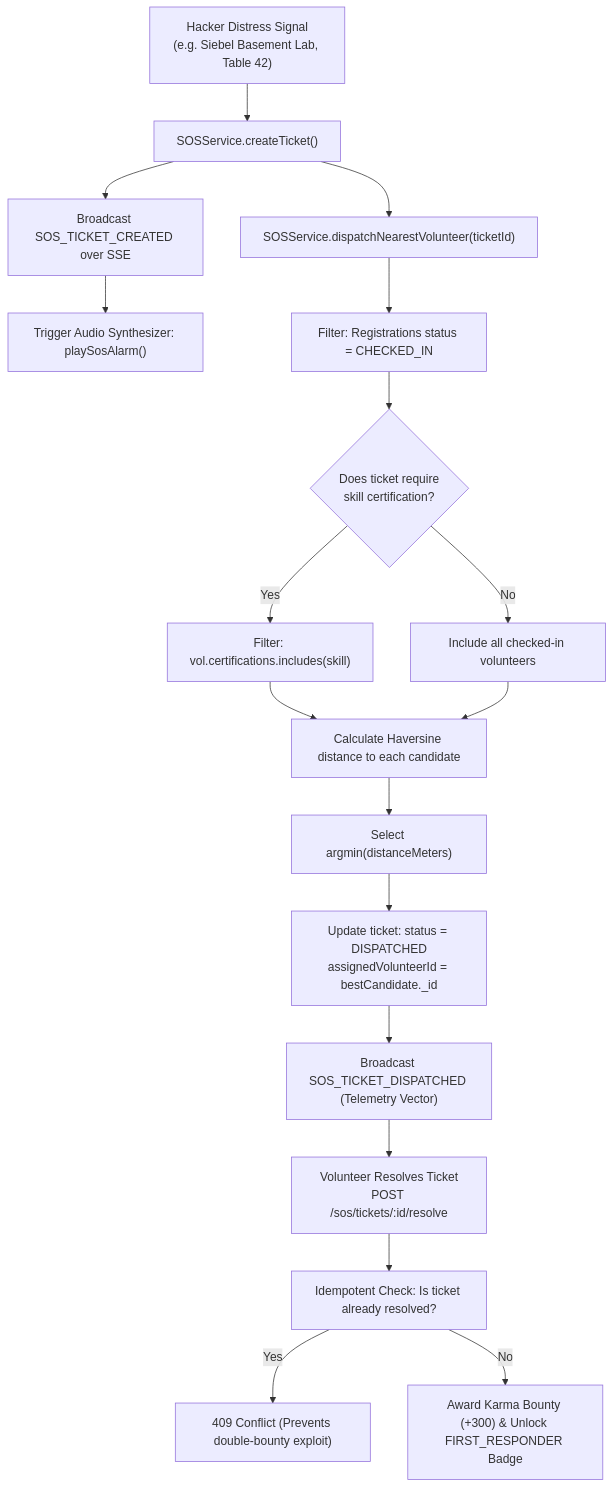
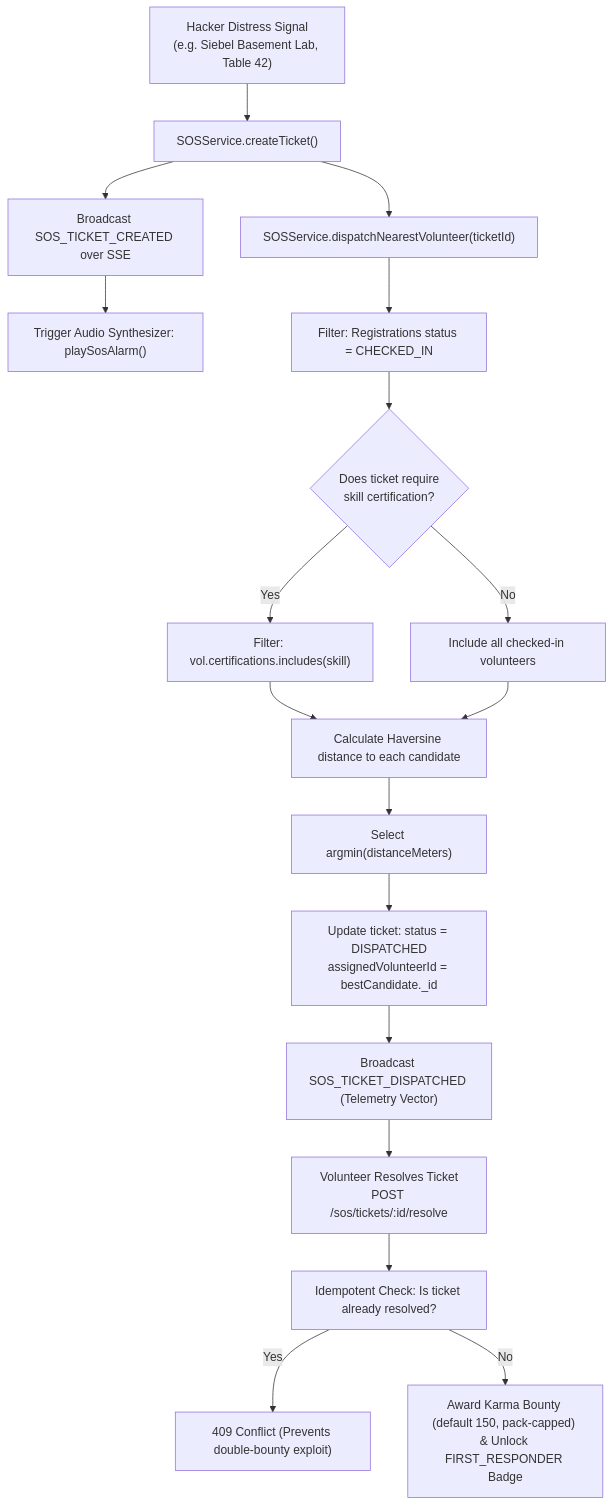
The seventh of 10 diagrams in ARCHITECTURE.md (aritroBh/HackIllinois-2027-Systems-Coding-Challenge), drawn with Mermaid before and after one commit. The commit also changed other lines of this file and 7 other files, not shown here.

````diff
--- a/ARCHITECTURE.md
+++ b/ARCHITECTURE.md
@@ -464,22 +482,22 @@
 ```mermaid
 flowchart TD
     A["Hacker Distress Signal<br/>(e.g. Siebel Basement Lab, Table 42)"] --> B["SOSService.createTicket()"]
     B --> C["Broadcast SOS_TICKET_CREATED over SSE"]
     C --> D["Trigger Audio Synthesizer: playSosAlarm()"]
     
     B --> E["SOSService.dispatchNearestVolunteer(ticketId)"]
     E --> F["Filter: Registrations status = CHECKED_IN"]
     F --> G{"Does ticket require<br/>skill certification?"}
     G -->|Yes| H["Filter: vol.certifications.includes(skill)"]
     G -->|No| I["Include all checked-in volunteers"]
     
     H --> J["Calculate Haversine distance to each candidate"]
     I --> J
     J --> K["Select argmin(distanceMeters)"]
     K --> L["Update ticket: status = DISPATCHED<br/>assignedVolunteerId = bestCandidate._id"]
     L --> M["Broadcast SOS_TICKET_DISPATCHED (Telemetry Vector)"]
     M --> N["Volunteer Resolves Ticket<br/>POST /sos/tickets/:id/resolve"]
     N --> O["Idempotent Check: Is ticket already resolved?"]
     O -->|Yes| P["409 Conflict (Prevents double-bounty exploit)"]
-    O -->|No| Q["Award Karma Bounty (+300) & Unlock FIRST_RESPONDER Badge"]
+    O -->|No| Q["Award Karma Bounty (default 150, pack-capped) & Unlock FIRST_RESPONDER Badge"]
 ```
````
